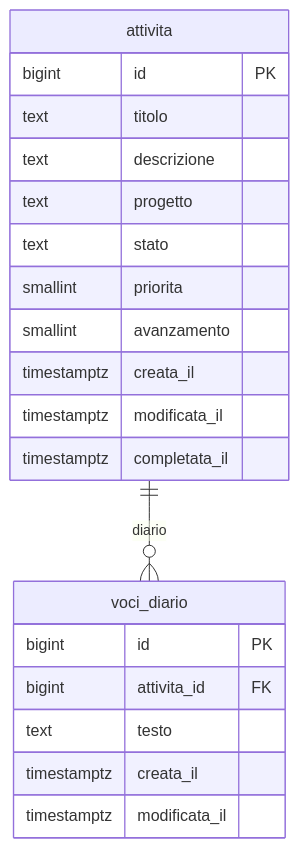
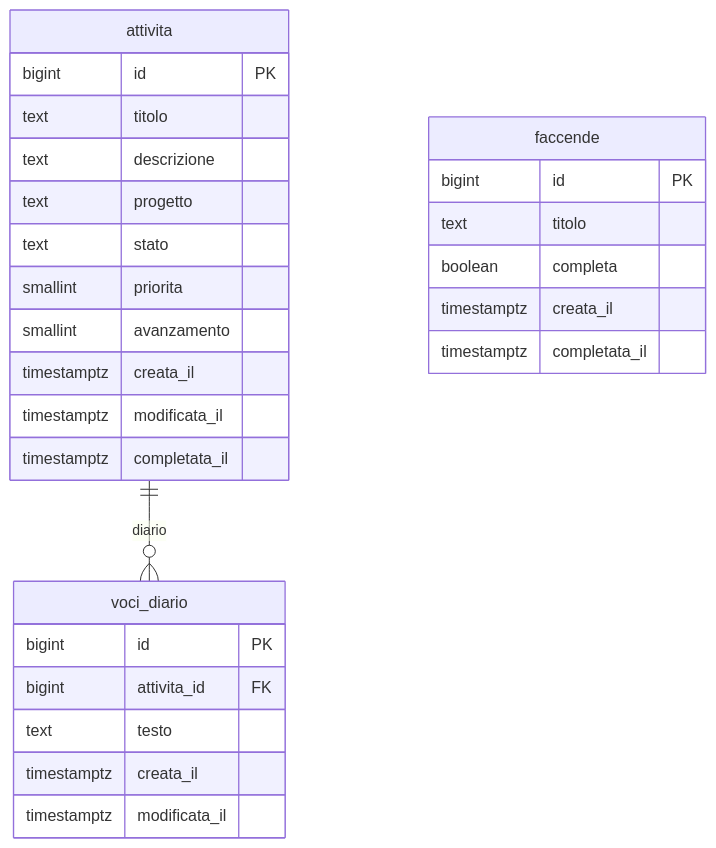
The diagram in doc/04-modello-dati.md (GiacomoGuaresi/Projects), drawn with Mermaid before and after one commit. The commit also changed other lines of this file and 19 other files, not shown here.

````diff
--- a/doc/04-modello-dati.md
+++ b/doc/04-modello-dati.md
@@ -7,23 +7,30 @@
 ```mermaid
 erDiagram
   attivita ||--o{ voci_diario : "diario"
+  faccende {
+    bigint id PK
+    text titolo
+    boolean completa
+    timestamptz creata_il
+    timestamptz completata_il
+  }
   attivita {
     bigint id PK
     text titolo
     text descrizione
     text progetto
     text stato
     smallint priorita
     smallint avanzamento
     timestamptz creata_il
     timestamptz modificata_il
     timestamptz completata_il
   }
   voci_diario {
     bigint id PK
     bigint attivita_id FK
     text testo
     timestamptz creata_il
     timestamptz modificata_il
   }
 ```
````
